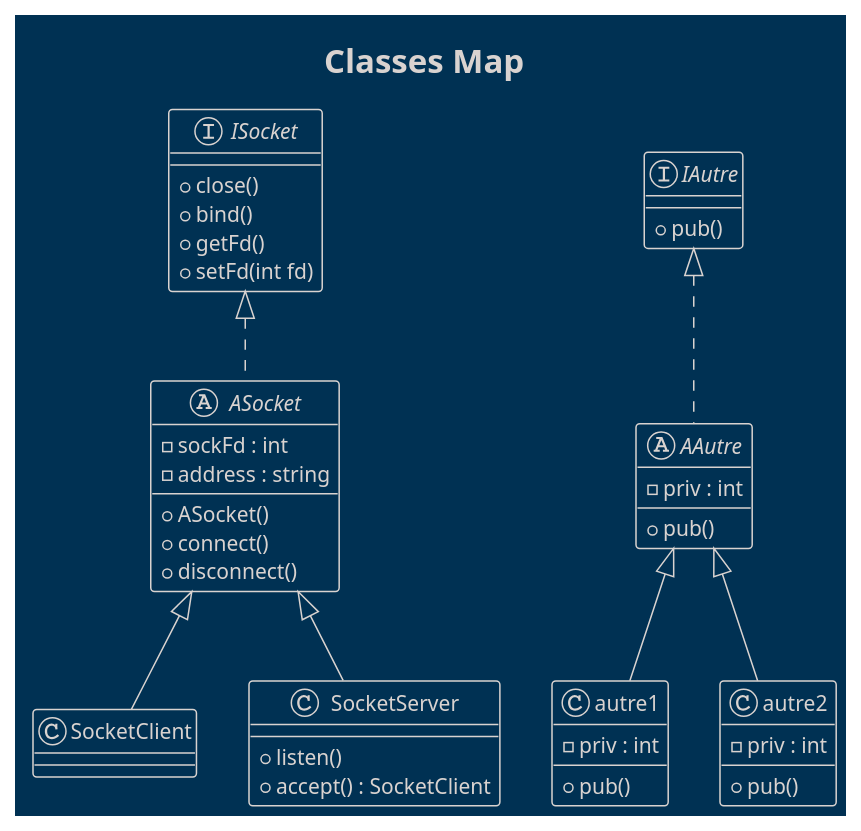
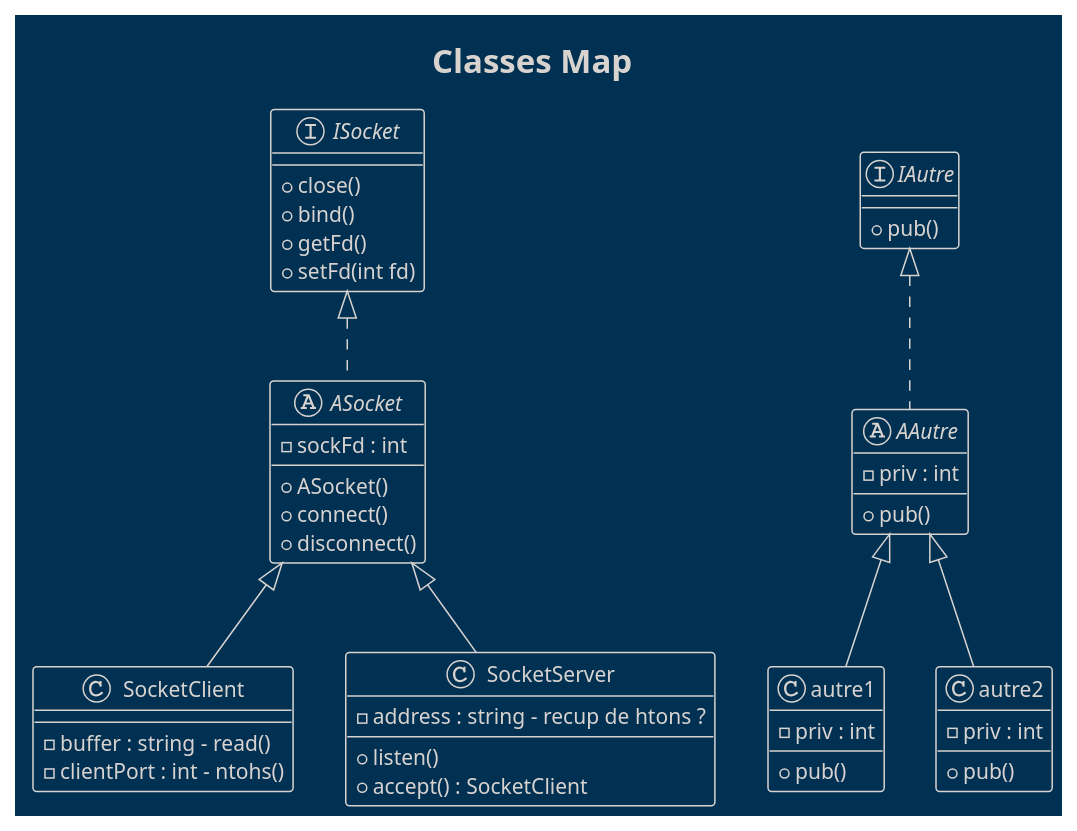
One commit to Hyliah/WebServ changed the diagram in classes.puml. Above: the diagram before and after it, drawn with PlantUML.

Commit message:
suite puml

```diff
--- a/classes.puml
+++ b/classes.puml
@@ -1,69 +1,73 @@
 @startuml
 !theme blueprint
 
 title Classes Map
 
 ' Interface
 interface ISocket {
     +close()
     +bind()
     +getFd()
     +setFd(int fd)
 }
 
 ' Classe abstraite
 abstract class ASocket {
     -sockFd : int
-    -address : string
+    
 
     +ASocket()
     +connect()
     +disconnect()
 }
 
 ' Socket client
 class SocketClient {
+    -buffer : string - read()
+    -clientPort : int - ntohs()
+
 }
 
 ' Socket serveur
 class SocketServer {
+    -address : string - recup de htons ?
     +listen()
     +accept() : SocketClient
 }
 
 ' Relations
 ISocket <|.. ASocket
 ASocket <|-- SocketClient
 ASocket <|-- SocketServer
 
 
 
 ' Interface
 interface IAutre {
     + pub()
 }
 
 ' Abstraite
 abstract class AAutre {
     - priv : int
     + pub()
 }
 
 ' Classe 1
 class autre1 {
     - priv : int
     + pub()
 }
 
 ' classe 2
 class autre2 {
     - priv : int
     + pub()
 }
 
 ' Relations
 IAutre <|.. AAutre
 AAutre <|-- autre1
 AAutre <|-- autre2
 
 @enduml
```
